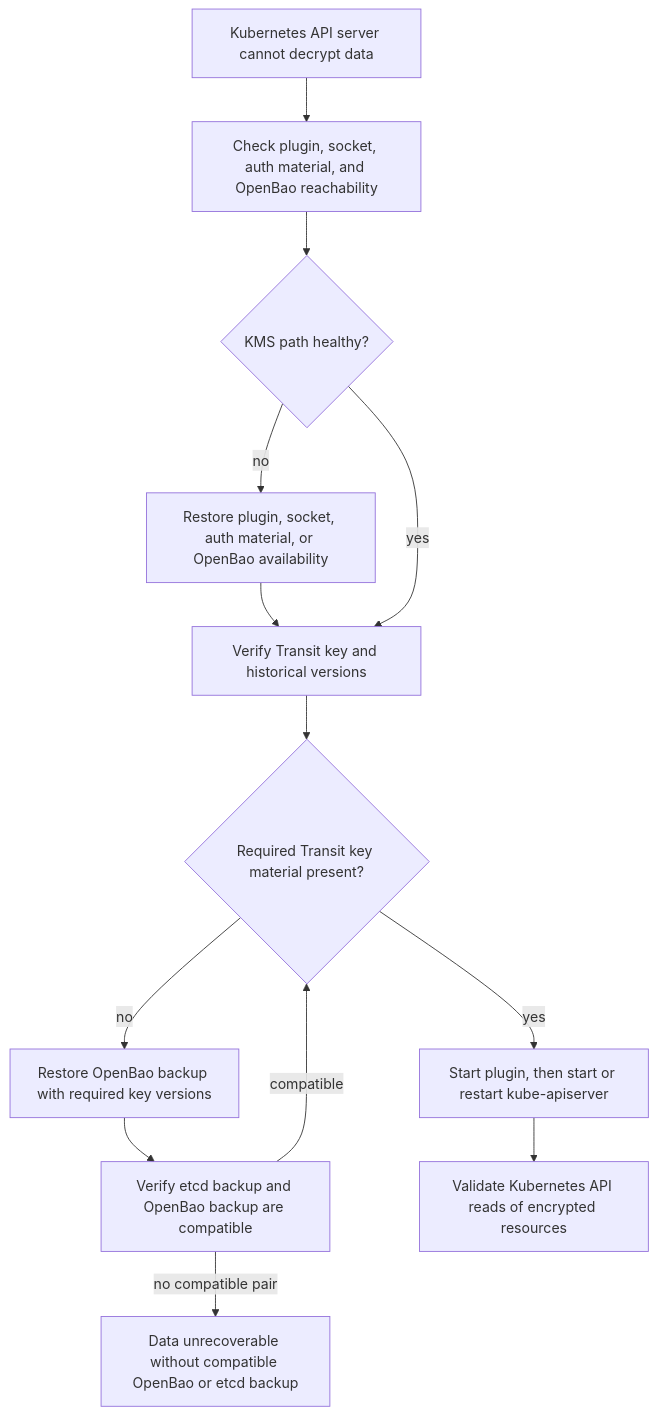
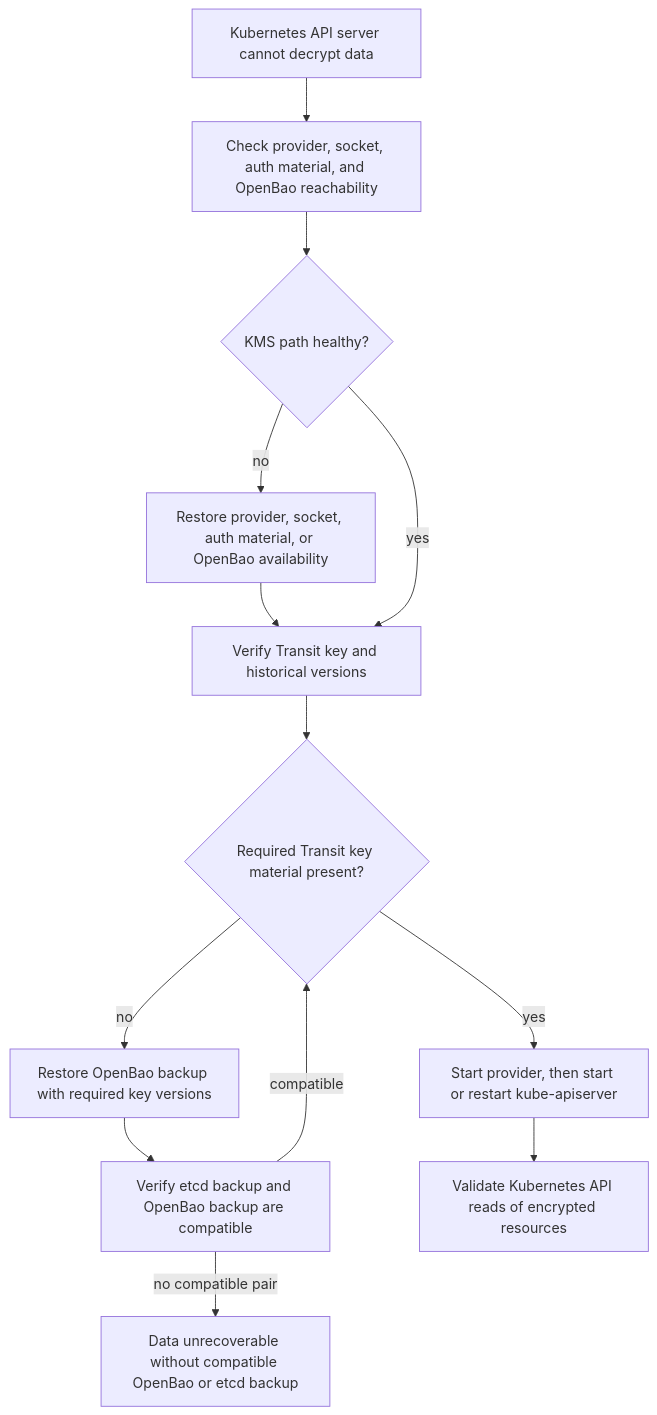
Before and after one commit to dc-tec/openbao-kubernetes-kms: the diagram in docs/operations/disaster-recovery.md, drawn with Mermaid. The commit also changed other lines of this file and 68 other files, not shown here.

````diff
--- a/docs/operations/disaster-recovery.md
+++ b/docs/operations/disaster-recovery.md
@@ -45,26 +48,26 @@
 ```mermaid
 flowchart TD
     Incident["Kubernetes API server cannot decrypt data"]
-    CheckKMS["Check plugin, socket, auth material, and OpenBao reachability"]
+    CheckKMS["Check provider, socket, auth material, and OpenBao reachability"]
     KMSHealthy{"KMS path healthy?"}
-    RestoreRuntime["Restore plugin, socket, auth material, or OpenBao availability"]
+    RestoreRuntime["Restore provider, socket, auth material, or OpenBao availability"]
     CheckKey["Verify Transit key and historical versions"]
     KeyPresent{"Required Transit key material present?"}
     RestoreBao["Restore OpenBao backup with required key versions"]
     CheckPair["Verify etcd backup and OpenBao backup are compatible"]
-    StartAPI["Start plugin, then start or restart kube-apiserver"]
+    StartAPI["Start provider, then start or restart kube-apiserver"]
     Validate["Validate Kubernetes API reads of encrypted resources"]
     DataLoss["Data unrecoverable without compatible OpenBao or etcd backup"]
 
     Incident --> CheckKMS --> KMSHealthy
     KMSHealthy -->|no| RestoreRuntime
     RestoreRuntime --> CheckKey
     KMSHealthy -->|yes| CheckKey
     CheckKey --> KeyPresent
     KeyPresent -->|yes| StartAPI
     StartAPI --> Validate
     KeyPresent -->|no| RestoreBao
     RestoreBao --> CheckPair
     CheckPair -->|compatible| KeyPresent
     CheckPair -->|no compatible pair| DataLoss
 ```
````
